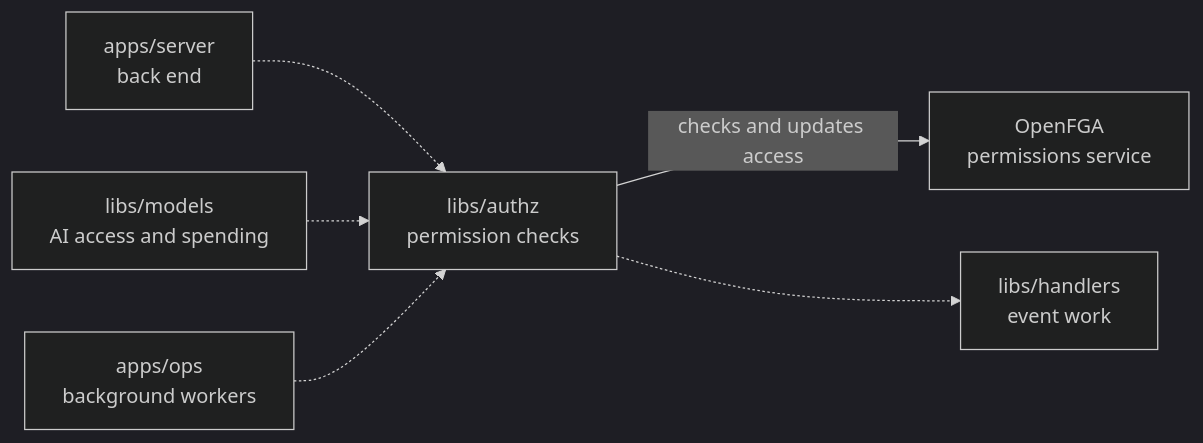
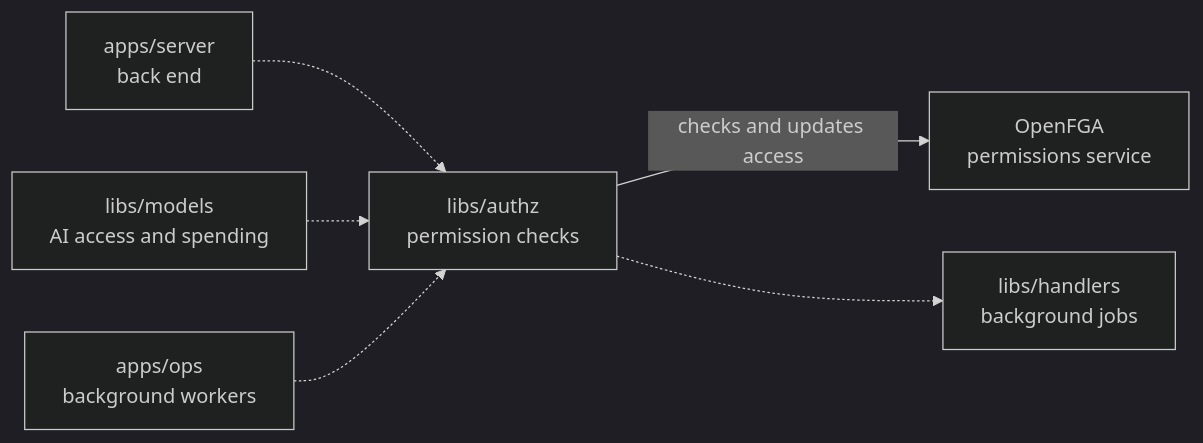
Before and after one commit to elewa-git/opencrane-new: the diagram in libs/authz/README.md, drawn with Mermaid (dark theme). The commit also changed other lines of this file and 5 other files, not shown here.

````diff
--- a/libs/authz/README.md
+++ b/libs/authz/README.md
@@ -11,8 +11,8 @@
 ```mermaid
 flowchart LR
   server["apps/server<br/>back end"] -.-> authz["libs/authz<br/>permission checks"]
   models["libs/models<br/>AI access and spending"] -.-> authz
   ops["apps/ops<br/>background workers"] -.-> authz
   authz -->|checks and updates access| fga["OpenFGA<br/>permissions service"]
-  authz -.-> handlers["libs/handlers<br/>event work"]
+  authz -.-> handlers["libs/handlers<br/>background jobs"]
 ```
````
